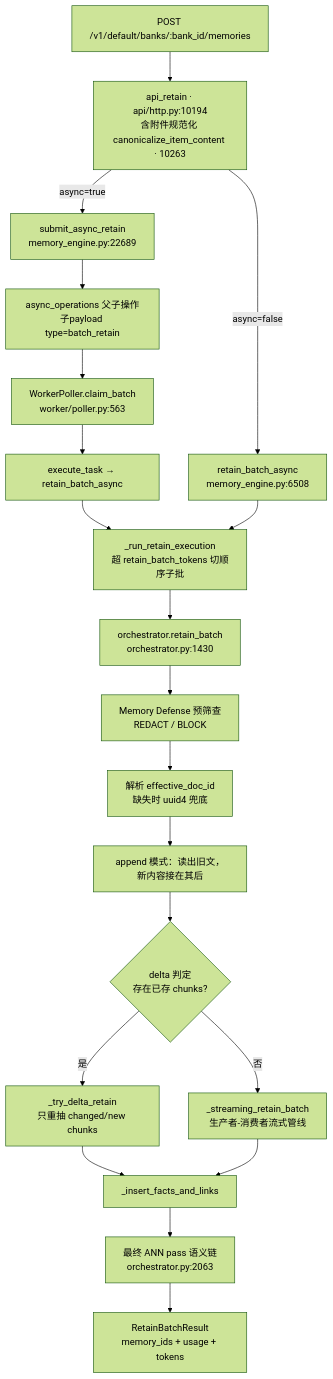
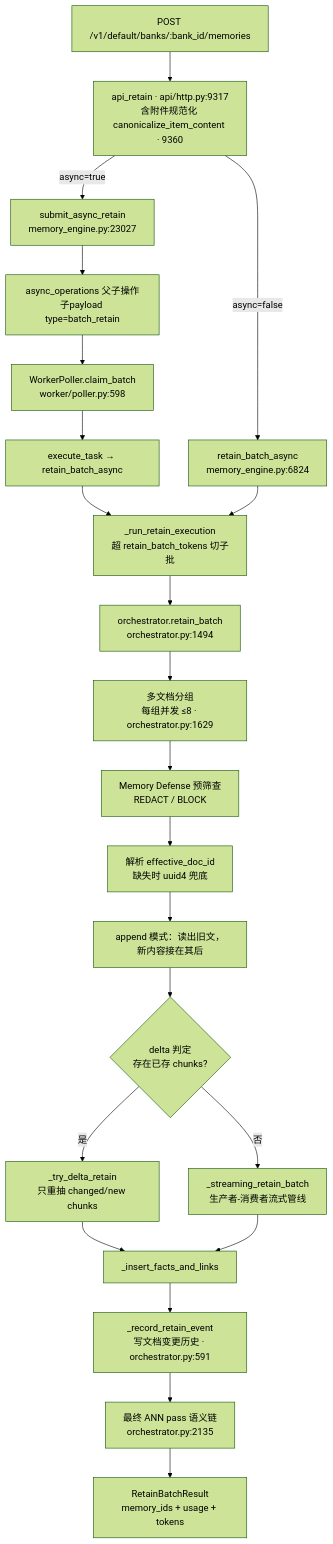
Before and after one commit to stefanv5/memory-platform-architecture: the first of 3 diagrams in docs/hindsight/source-study/02-retain-摄取管线.md, drawn with Mermaid (forest theme). The commit also changed other lines of this file and 10 other files, not shown here.

````diff
--- a/docs/hindsight/source-study/02-retain-摄取管线.md
+++ b/docs/hindsight/source-study/02-retain-摄取管线.md
@@ -62,22 +64,24 @@
 ```mermaid
 flowchart TD
-    REQ["POST /v1/default/banks/:bank_id/memories"] --> ROUTE["api_retain · api/http.py:10194<br/>含附件规范化 canonicalize_item_content · 10263"]
-    ROUTE -->|"async=true"| SUBMIT["submit_async_retain<br/>memory_engine.py:22689"]
-    ROUTE -->|"async=false"| SYNC["retain_batch_async<br/>memory_engine.py:6508"]
+    REQ["POST /v1/default/banks/:bank_id/memories"] --> ROUTE["api_retain · api/http.py:9317<br/>含附件规范化 canonicalize_item_content · 9360"]
+    ROUTE -->|"async=true"| SUBMIT["submit_async_retain<br/>memory_engine.py:23027"]
+    ROUTE -->|"async=false"| SYNC["retain_batch_async<br/>memory_engine.py:6824"]
     SUBMIT --> OPS["async_operations 父子操作<br/>子payload type=batch_retain"]
-    OPS --> POLL["WorkerPoller.claim_batch<br/>worker/poller.py:563"]
+    OPS --> POLL["WorkerPoller.claim_batch<br/>worker/poller.py:598"]
     POLL --> EXEC["execute_task → retain_batch_async"]
     EXEC --> SPLIT
-    SYNC --> SPLIT["_run_retain_execution<br/>超 retain_batch_tokens 切顺序子批"]
-    SPLIT --> ORCH["orchestrator.retain_batch<br/>orchestrator.py:1430"]
-    ORCH --> MD["Memory Defense 预筛查<br/>REDACT / BLOCK"]
+    SYNC --> SPLIT["_run_retain_execution<br/>超 retain_batch_tokens 切子批"]
+    SPLIT --> ORCH["orchestrator.retain_batch<br/>orchestrator.py:1494"]
+    ORCH --> GRP["多文档分组<br/>每组并发 ≤8 · orchestrator.py:1629"]
+    GRP --> MD["Memory Defense 预筛查<br/>REDACT / BLOCK"]
     MD --> DOCID["解析 effective_doc_id<br/>缺失时 uuid4 兜底"]
     DOCID --> APPEND["append 模式：读出旧文，新内容接在其后"]
     APPEND --> DELTA{"delta 判定<br/>存在已存 chunks?"}
     DELTA -->|"是"| DPATH["_try_delta_retain<br/>只重抽 changed/new chunks"]
     DELTA -->|"否"| STREAM["_streaming_retain_batch<br/>生产者-消费者流式管线"]
     DPATH --> LK["_insert_facts_and_links"]
     STREAM --> LK
-    LK --> ANN["最终 ANN pass 语义链<br/>orchestrator.py:2063"]
+    LK --> HIST["_record_retain_event<br/>写文档变更历史 · orchestrator.py:591"]
+    HIST --> ANN["最终 ANN pass 语义链<br/>orchestrator.py:2135"]
     ANN --> OUT["RetainBatchResult<br/>memory_ids + usage + tokens"]
 ```
````
